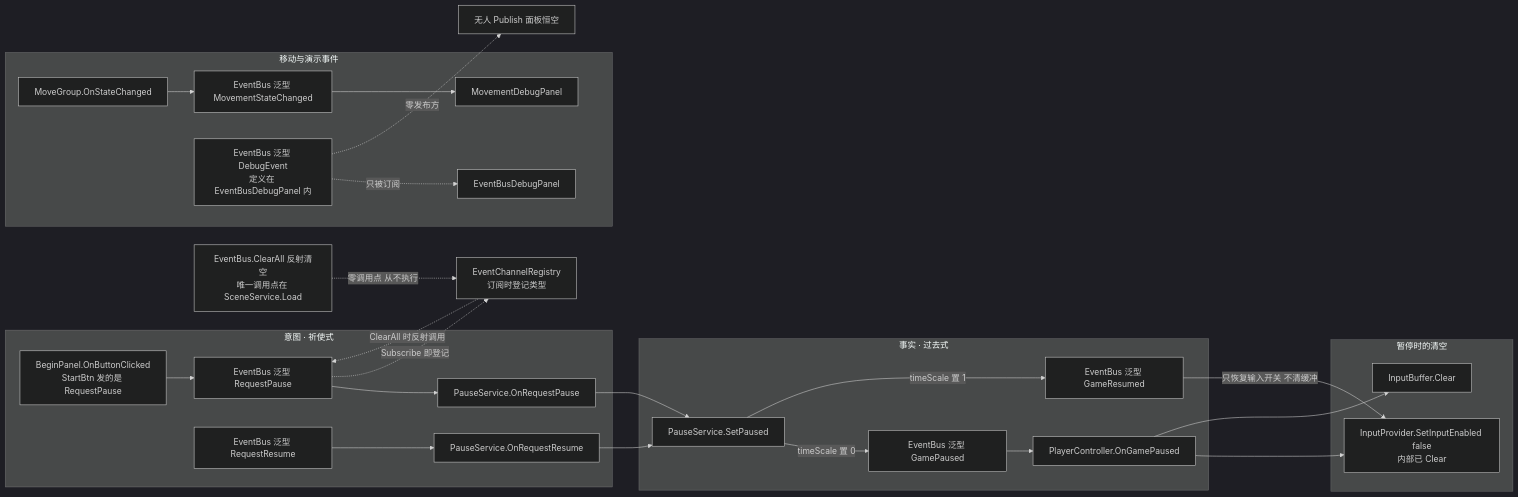
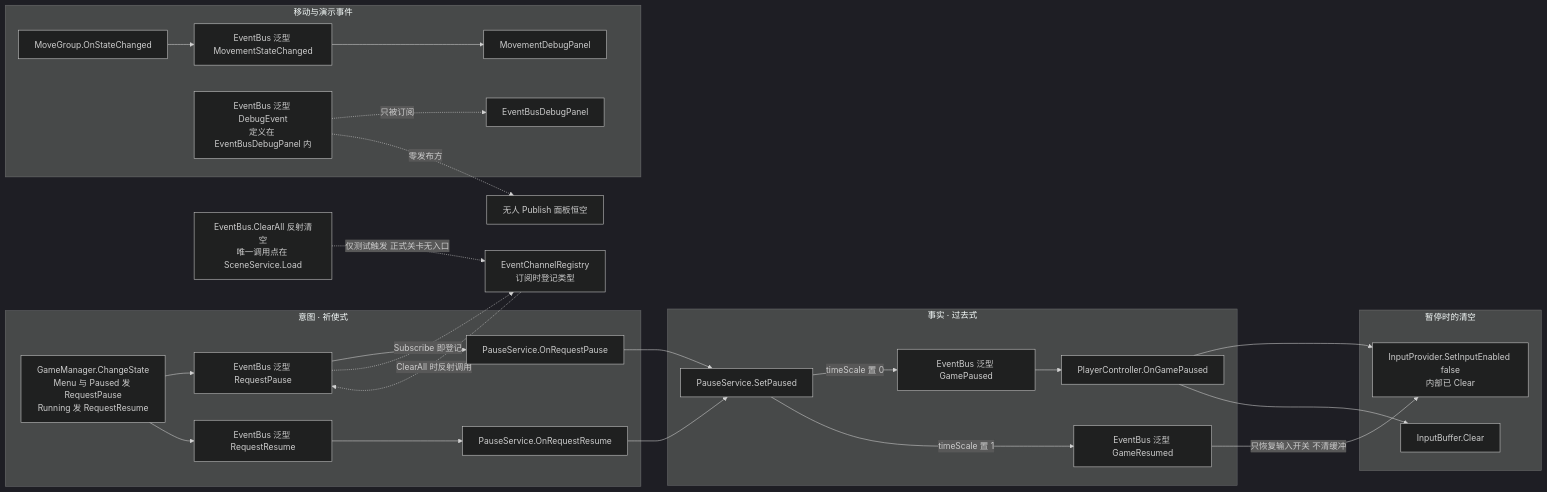
Before and after one commit to 5FYZhou/deepseaoil: diagram 12 of 16 in Docs/框架设计/架构图集.md, drawn with Mermaid (dark theme). The commit also changed other lines of this file and 152 other files, not shown here.

````diff
--- a/Docs/框架设计/架构图集.md
+++ b/Docs/框架设计/架构图集.md
@@ -472,47 +479,48 @@
 ```mermaid
 flowchart LR
   subgraph INTENT["意图 · 祈使式"]
-    BP["BeginPanel.OnButtonClicked<br/>StartBtn 发的是 RequestPause"]
+    GM["GameManager.ChangeState<br/>Menu 与 Paused 发 RequestPause<br/>Running 发 RequestResume"]
     E1["EventBus 泛型 RequestPause"]
     E1B["EventBus 泛型 RequestResume"]
     PSI["PauseService.OnRequestPause"]
     PSI2["PauseService.OnRequestResume"]
   end
   subgraph FACT["事实 · 过去式"]
     PSS["PauseService.SetPaused"]
     E2["EventBus 泛型 GamePaused"]
     E2B["EventBus 泛型 GameResumed"]
     PCI["PlayerController.OnGamePaused"]
   end
   subgraph FREEZE["暂停时的清空"]
     F2["InputProvider.SetInputEnabled false<br/>内部已 Clear"]
     F3["InputBuffer.Clear"]
   end
   subgraph OTHER["移动与演示事件"]
     MG["MoveGroup.OnStateChanged"]
     E3["EventBus 泛型 MovementStateChanged"]
     MDP["MovementDebugPanel"]
     E4["EventBus 泛型 DebugEvent<br/>定义在 EventBusDebugPanel 内"]
     EBP["EventBusDebugPanel"]
   end
   REG["EventChannelRegistry<br/>订阅时登记类型"]
   CLR["EventBus.ClearAll 反射清空<br/>唯一调用点在 SceneService.Load"]
-  BP --> E1
+  GM --> E1
+  GM --> E1B
   E1 --> PSI
   E1B --> PSI2
   PSI --> PSS
   PSI2 --> PSS
   PSS -->|"timeScale 置 0"| E2
   PSS -->|"timeScale 置 1"| E2B
   E2 --> PCI
   PCI --> F2
   PCI --> F3
   E2B -->|"只恢复输入开关 不清缓冲"| F2
   MG --> E3
   E3 --> MDP
   E4 -.->|"只被订阅"| EBP
   E4 -.->|"零发布方"| VOID["无人 Publish 面板恒空"]
   E1 -.->|"Subscribe 即登记"| REG
   REG -.->|"ClearAll 时反射调用"| E1
-  CLR -.->|"零调用点 从不执行"| REG
+  CLR -.->|"仅测试触发 正式关卡无入口"| REG
 ```
````
